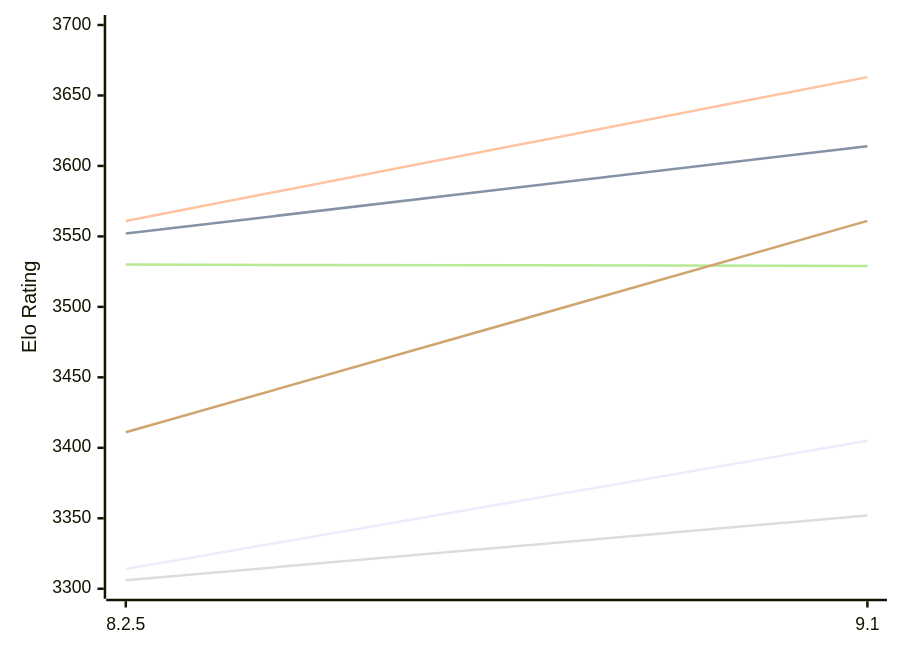
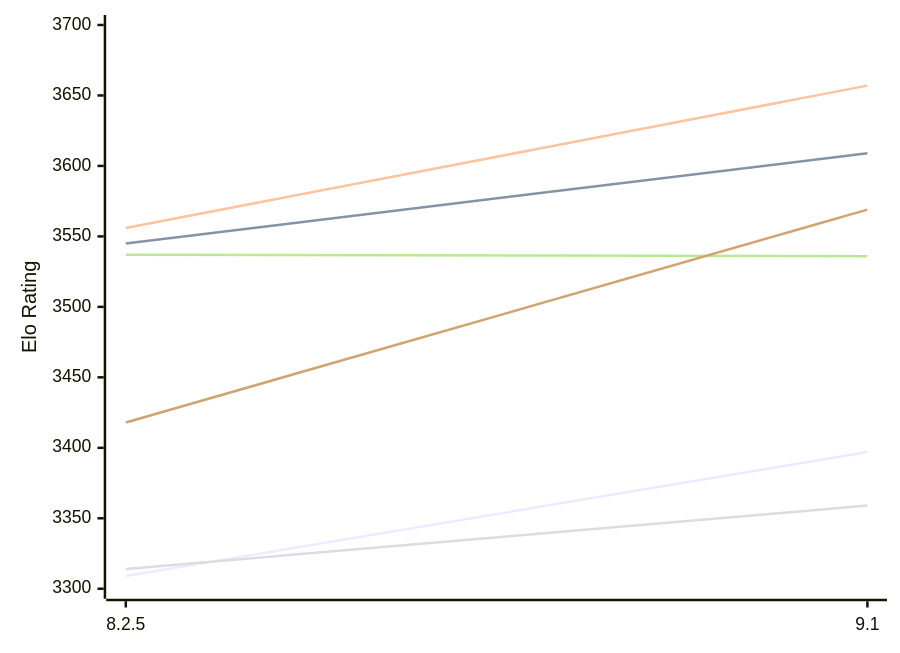
Before and after one commit to computer-chess-index/cci: the first of 2 diagrams in engines/Clover.md, drawn with Mermaid. The commit also changed other lines of this file, not shown here.

Commit message:
Update CCI Ratings (ELO VLTC) - 2026-11-18

````diff
--- a/engines/Clover.md
+++ b/engines/Clover.md
@@ -52,12 +52,12 @@
 ```mermaid
 %%{init: {"theme":"base","themeVariables":{"seriesColors:['#a3a3a3','#222221','#faa371']}}}%%
 xychart-beta
   x-axis ["8.2.5", "9.1"]
   y-axis "Elo Rating" 3300 --> 3700
-  line "E1: STC (8.0+0.08s)" [3314, 3405]
-  line "E1: LTC (60.0+0.60s)" [3552, 3614]
-  line "E1: VLTC (2m24s+1.12s)" [3561, 3663]
-  line "P1: STC (8.0+0.08s)" [3306, 3352]
-  line "P1: LTC (60.0+0.60s)" [3530, 3529]
-  line "P1: VLTC (2m24s+1.12s)" [3411, 3561]
+  line "E1: STC (8.0+0.08s)" [3309, 3397]
+  line "E1: LTC (60.0+0.60s)" [3545, 3609]
+  line "E1: VLTC (2m24s+1.12s)" [3556, 3657]
+  line "P1: STC (8.0+0.08s)" [3314, 3359]
+  line "P1: LTC (60.0+0.60s)" [3537, 3536]
+  line "P1: VLTC (2m24s+1.12s)" [3418, 3569]
 ```
````
